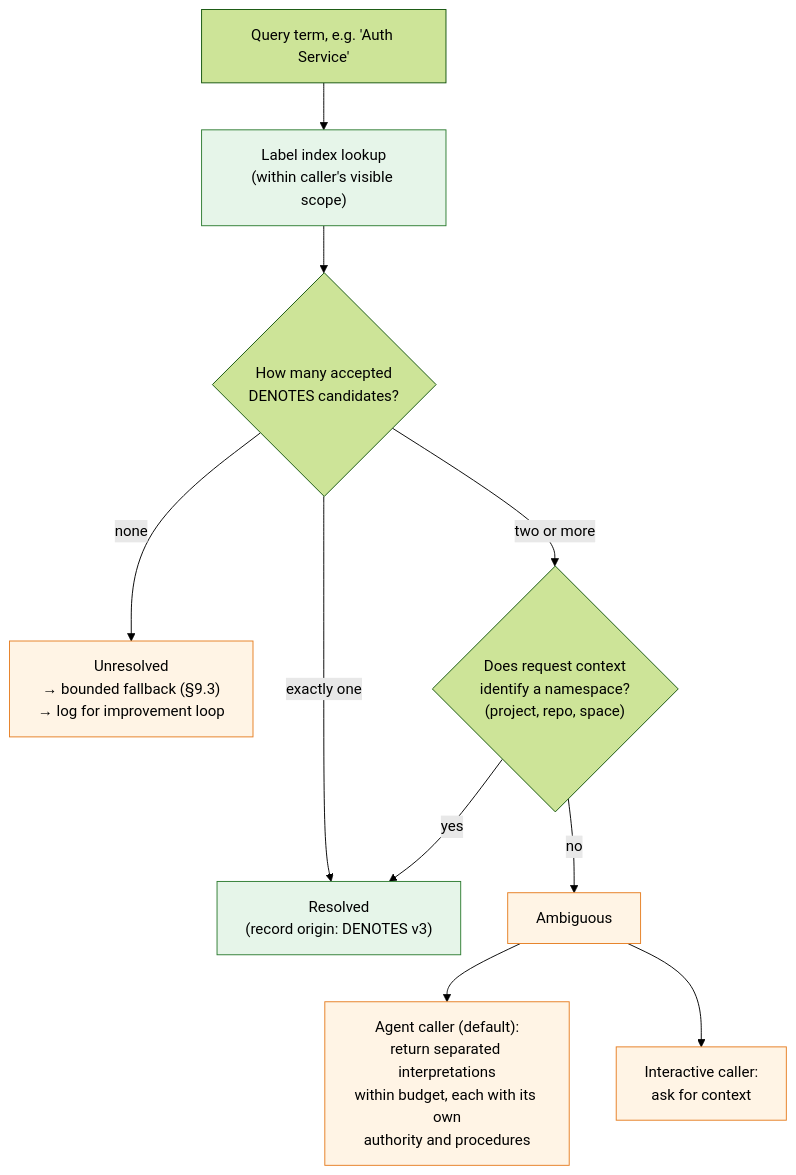
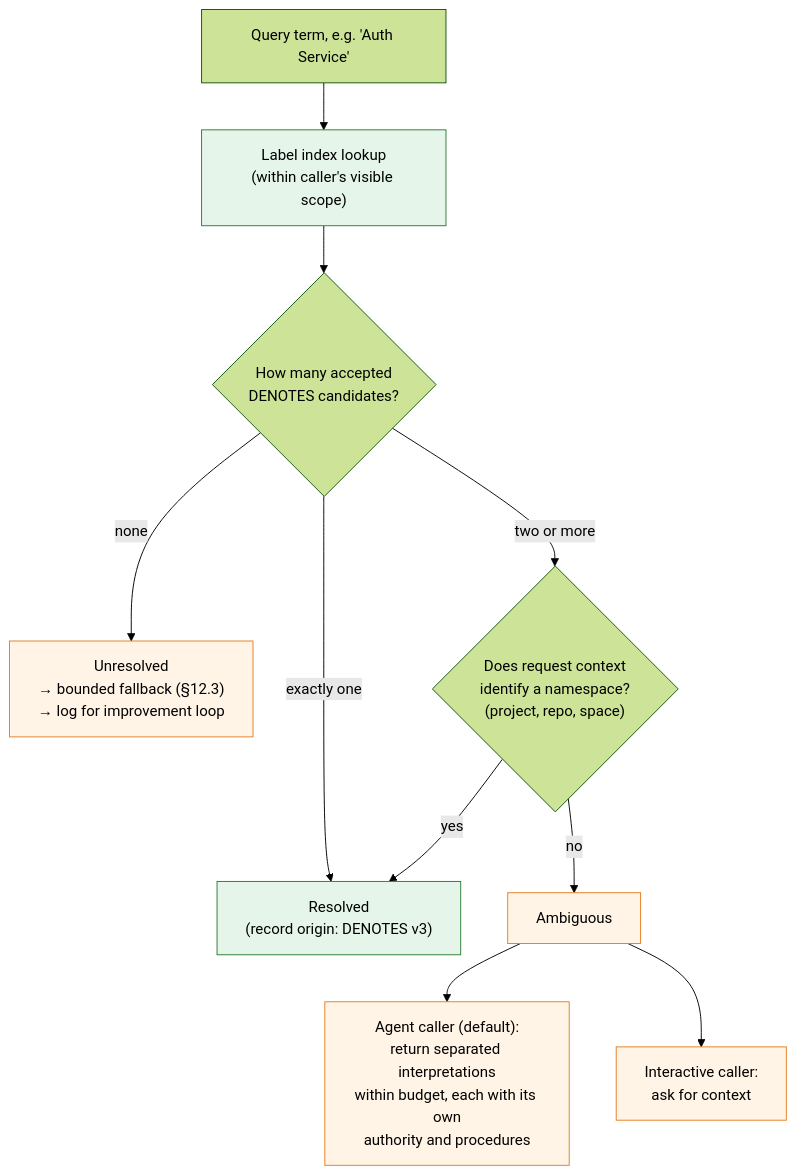
The fifth of 9 diagrams in design/intelligence-layer/memory-design.md (arunmenon/sanctum), drawn with Mermaid (forest theme) before and after one commit. The commit also changed other lines of this file and 11 other files, not shown here.

````diff
--- a/design/intelligence-layer/memory-design.md
+++ b/design/intelligence-layer/memory-design.md
@@ -331,17 +331,17 @@
 ```mermaid
 flowchart TB
     Q["Query term, e.g. 'Auth Service'"] --> L["Label index lookup<br/>(within caller's visible scope)"]
     L --> C{"How many accepted<br/>DENOTES candidates?"}
     C -- "exactly one" --> ONE["Resolved<br/>(record origin: DENOTES v3)"]
-    C -- "none" --> NONE["Unresolved<br/>→ bounded fallback (§9.3)<br/>→ log for improvement loop"]
+    C -- "none" --> NONE["Unresolved<br/>→ bounded fallback (§12.3)<br/>→ log for improvement loop"]
     C -- "two or more" --> CTX{"Does request context<br/>identify a namespace?<br/>(project, repo, space)"}
     CTX -- yes --> ONE
     CTX -- no --> AMB["Ambiguous"]
     AMB --> AG["Agent caller (default):<br/>return separated interpretations<br/>within budget, each with its own<br/>authority and procedures"]
     AMB --> HU["Interactive caller:<br/>ask for context"]
 
     classDef mem fill:#e6f5e9,stroke:#2e7d32,color:#000
     classDef safe fill:#fff4e5,stroke:#e67e22,color:#000
     class L,ONE mem
     class NONE,AMB,AG,HU safe
 ```
````
